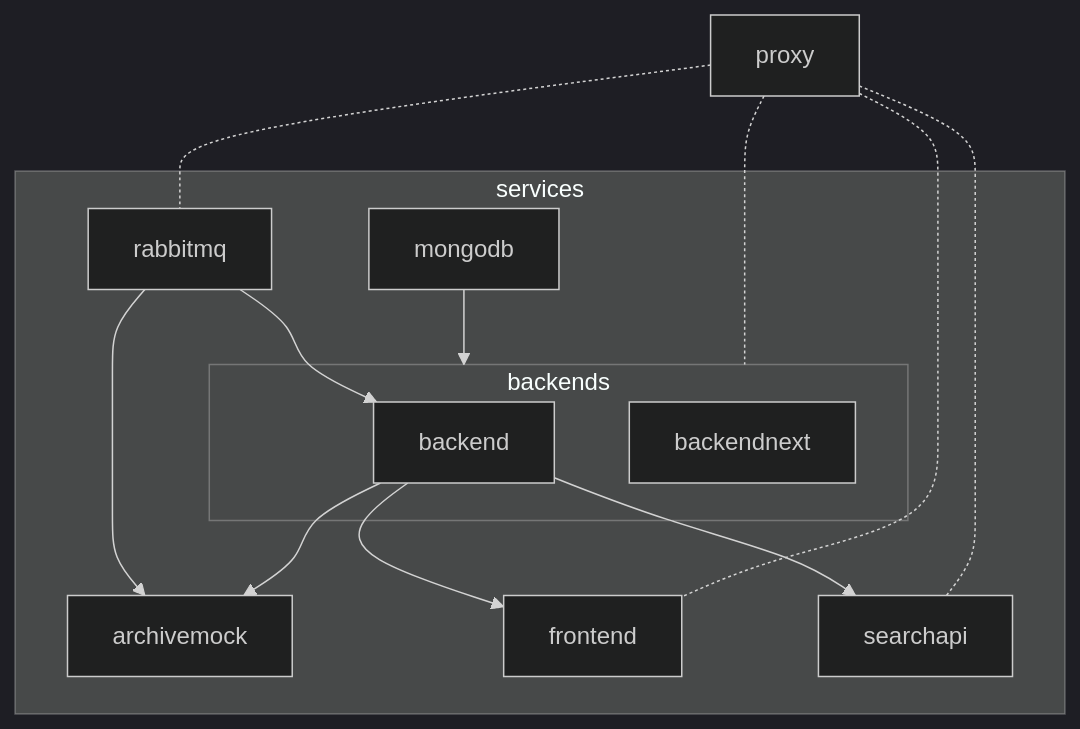
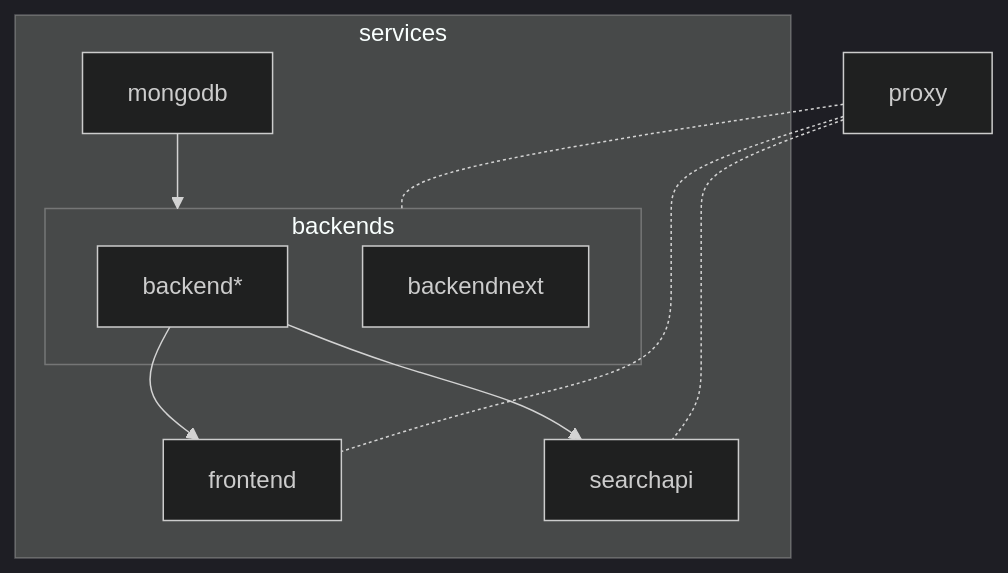
Before and after one commit to SciCatProject/scicatlive: the diagram in README.md, drawn with Mermaid (dark theme). The commit also changed other lines of this file and 3 other files, not shown here.

````diff
--- a/README.md
+++ b/README.md
@@ -39,21 +38,17 @@
 ```mermaid
 graph TD
    subgraph services
       subgraph backends
-         backend
+         backend[backend*]
          backendnext
       end
 
-      rabbitmq --> archivemock
-      rabbitmq --> backend
       mongodb --> backends
-      backend --> archivemock
       backend --> frontend
       backend --> searchapi
    end
 
    proxy -.- backends
    proxy -.- frontend
    proxy -.- searchapi
-   proxy -.- rabbitmq
 ```
````
